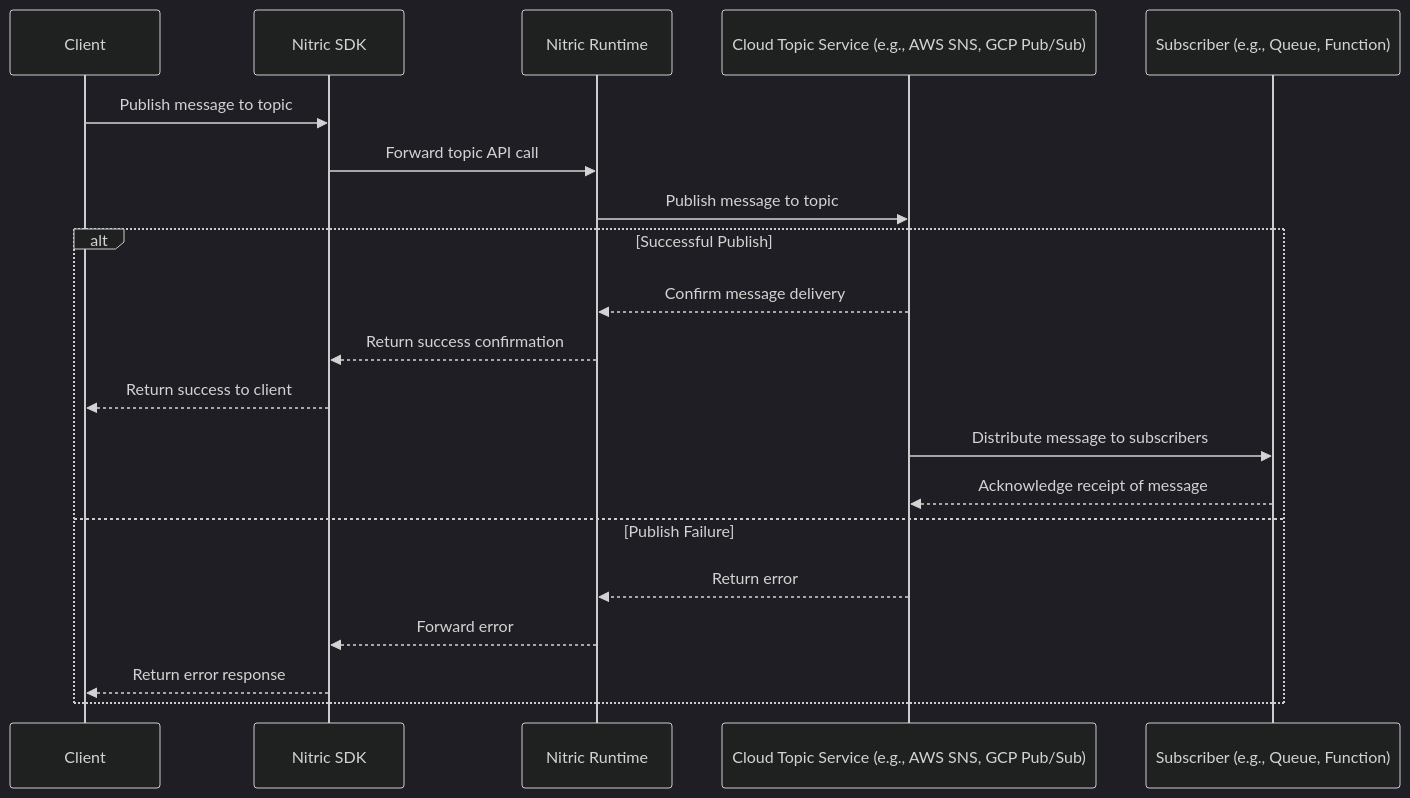
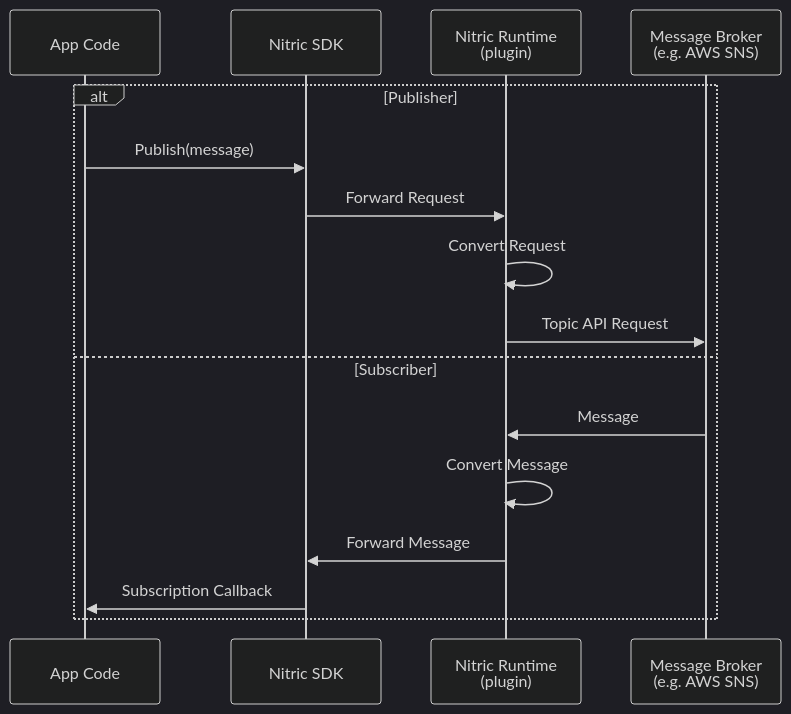
The fourth of 4 diagrams in docs/architecture/topics.mdx (nitrictech/docs), drawn with Mermaid (dark theme) before and after one commit. The commit also changed other lines of this file and 4 other files, not shown here.

Commit message:
update async messaging sequences

````diff
--- a/docs/architecture/topics.mdx
+++ b/docs/architecture/topics.mdx
@@ -85,24 +121,19 @@
 ```mermaid
 sequenceDiagram
-    participant Client as Client
-    participant NitricSDK as Nitric SDK
-    participant NitricRuntime as Nitric Runtime
-    participant TopicService as Cloud Topic Service (e.g., AWS SNS, GCP Pub/Sub)
-    participant Subscriber as Subscriber (e.g., Queue, Function)
+    participant Client as App Code
+    participant SDK as Nitric SDK
+    participant Nitric as Nitric Runtime <br> (plugin)
+    participant CloudAPI as Message Broker <br> (e.g. AWS SNS)
 
-    Client->>NitricSDK: Publish message to topic
-    NitricSDK->>NitricRuntime: Forward topic API call
-    NitricRuntime->>TopicService: Publish message to topic
-
-    alt Successful Publish
-        TopicService-->>NitricRuntime: Confirm message delivery
-        NitricRuntime-->>NitricSDK: Return success confirmation
-        NitricSDK-->>Client: Return success to client
-        TopicService->>Subscriber: Distribute message to subscribers
-        Subscriber-->>TopicService: Acknowledge receipt of message
-    else Publish Failure
-        TopicService-->>NitricRuntime: Return error
-        NitricRuntime-->>NitricSDK: Forward error
-        NitricSDK-->>Client: Return error response
+    alt Publisher
+        Client->>SDK: Publish(message)
+        SDK->>Nitric: Forward Request
+        Nitric->>Nitric: Convert Request
+        Nitric->>CloudAPI: Topic API Request
+    else Subscriber
+        CloudAPI->>Nitric: Message
+        Nitric->>Nitric: Convert Message
+        Nitric->>SDK: Forward Message
+        SDK->>Client: Subscription Callback
     end
 ```
````
